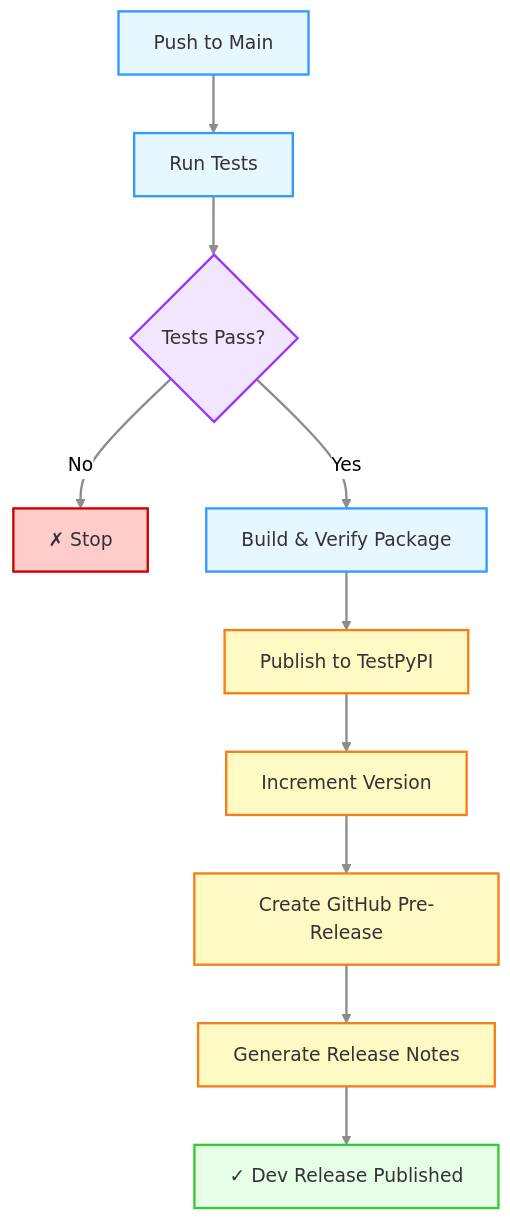
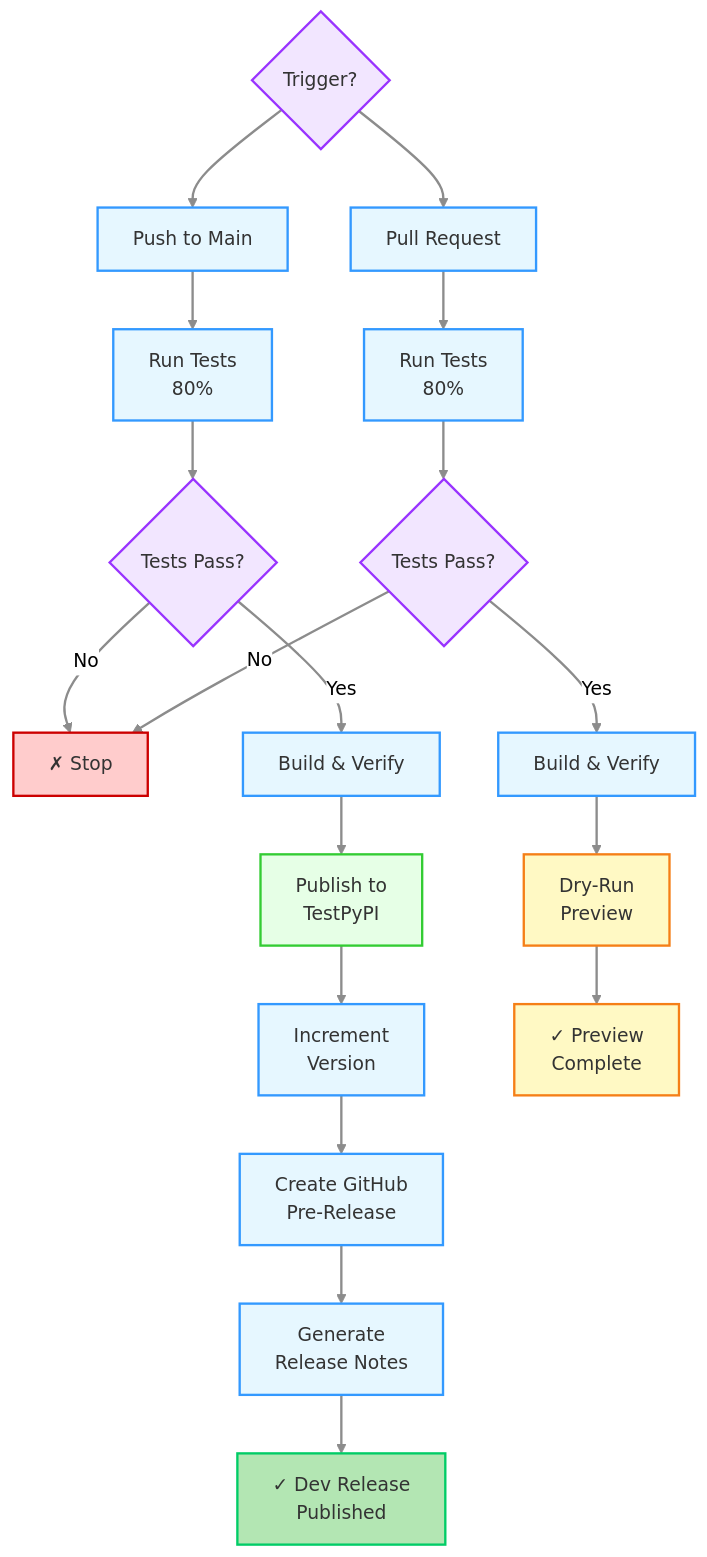
One commit to minouris/spafw37 changed the seventh of 18 diagrams in .github/RELEASE_PROCESS.md. Above: the diagram before and after it, drawn with Mermaid (neutral theme). The commit also changed other lines of this file, not shown here.

Commit message:
Updated documentation for release workflows

````diff
--- a/.github/RELEASE_PROCESS.md
+++ b/.github/RELEASE_PROCESS.md
@@ -221,26 +506,36 @@
 ```mermaid
 flowchart TD
-    A[Push to Main] --> B[Run Tests]
-    B --> C{Tests Pass?}
-    C -->|No| D[✗ Stop]
-    C -->|Yes| E[Build & Verify Package]
-    E --> F[Publish to TestPyPI]
-    F --> G[Increment Version]
-    G --> H[Create GitHub Pre-Release]
-    H --> I[Generate Release Notes]
-    I --> J[✓ Dev Release Published]
+    A{Trigger?} --> B[Push to Main]
+    A --> C[Pull Request]
+    B --> D[Run Tests<br/>80%]
+    C --> E[Run Tests<br/>80%]
+    D --> F{Tests Pass?}
+    E --> G{Tests Pass?}
+    F -->|No| H[✗ Stop]
+    G -->|No| H
+    F -->|Yes| I[Build & Verify]
+    G -->|Yes| J[Build & Verify]
+    I --> K[Publish to<br/>TestPyPI]
+    J --> L[Dry-Run<br/>Preview]
+    K --> M[Increment<br/>Version]
+    L --> N[✓ Preview<br/>Complete]
+    M --> O[Create GitHub<br/>Pre-Release]
+    O --> P[Generate<br/>Release Notes]
+    P --> Q[✓ Dev Release<br/>Published]
     
+    classDef decisionStyle fill:#f2e6ff,stroke:#9933ff,stroke-width:2px,color:#333
     classDef processStyle fill:#e6f7ff,stroke:#3399ff,stroke-width:2px,color:#333
-    classDef decisionStyle fill:#f2e6ff,stroke:#9933ff,stroke-width:2px,color:#333
     classDef errorStyle fill:#ffcccc,stroke:#cc0000,stroke-width:2px,color:#333
-    classDef publishStyle fill:#fff9c4,stroke:#f57f17,stroke-width:2px,color:#333
-    classDef successStyle fill:#e6ffe6,stroke:#33cc33,stroke-width:2px,color:#333
+    classDef publishStyle fill:#e6ffe6,stroke:#33cc33,stroke-width:2px,color:#333
+    classDef previewStyle fill:#fff9c4,stroke:#f57f17,stroke-width:2px,color:#333
+    classDef successStyle fill:#b3e6b3,stroke:#00cc66,stroke-width:2px,color:#333
     
-    class A,B,E processStyle
-    class C decisionStyle
-    class D errorStyle
-    class F,G,H,I publishStyle
-    class J successStyle
+    class A,F,G decisionStyle
+    class B,C,D,E,I,J,M,O,P processStyle
+    class H errorStyle
+    class K publishStyle
+    class L,N previewStyle
+    class Q successStyle
     
     linkStyle default stroke:#8c8c8c,stroke-width:2px
 ```
````
